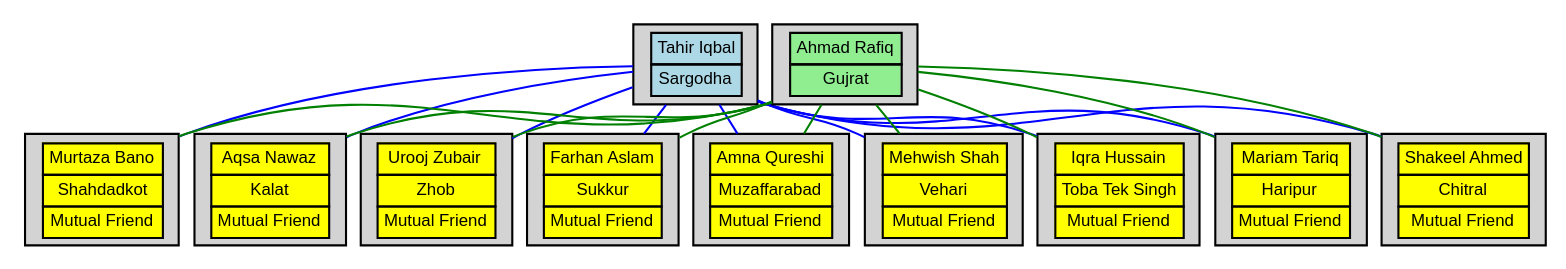
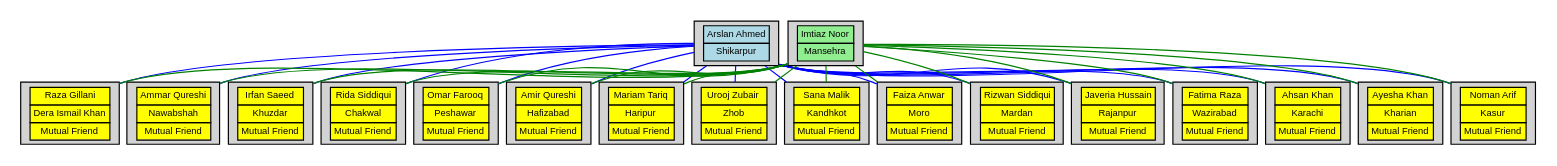
The diagram in assets/graph.dot (Fasih0956/Social-Networking-App-), drawn with Graphviz before and after one commit. The commit also changed 3 other files, not shown here.

```diff
--- a/assets/graph.dot
+++ b/assets/graph.dot
@@ -1,38 +1,58 @@
 graph G {
     size="10,10!";
     nodesep=0.1;
     ranksep=0.2;
     node [shape=box, style=filled, fontname="Arial", fontsize=8];
 
-    "User_13" [label=<<TABLE BORDER="0" CELLBORDER="1" CELLSPACING="0" CELLPADDING="2" BGCOLOR="lightblue"><TR><TD>Tahir Iqbal</TD></TR><TR><TD>Sargodha</TD></TR></TABLE>>];
-    "User_27" [label=<<TABLE BORDER="0" CELLBORDER="1" CELLSPACING="0" CELLPADDING="2" BGCOLOR="lightgreen"><TR><TD>Ahmad Rafiq</TD></TR><TR><TD>Gujrat</TD></TR></TABLE>>];
-    "User_14" [label=<<TABLE BORDER="0" CELLBORDER="1" CELLSPACING="0" CELLPADDING="2" BGCOLOR="yellow"><TR><TD>Farhan Aslam</TD></TR><TR><TD>Sukkur</TD></TR><TR><TD>Mutual Friend</TD></TR></TABLE>>];
-    "User_100" [label=<<TABLE BORDER="0" CELLBORDER="1" CELLSPACING="0" CELLPADDING="2" BGCOLOR="yellow"><TR><TD>Amna Qureshi</TD></TR><TR><TD>Muzaffarabad</TD></TR><TR><TD>Mutual Friend</TD></TR></TABLE>>];
-    "User_57" [label=<<TABLE BORDER="0" CELLBORDER="1" CELLSPACING="0" CELLPADDING="2" BGCOLOR="yellow"><TR><TD>Mehwish Shah</TD></TR><TR><TD>Vehari</TD></TR><TR><TD>Mutual Friend</TD></TR></TABLE>>];
-    "User_55" [label=<<TABLE BORDER="0" CELLBORDER="1" CELLSPACING="0" CELLPADDING="2" BGCOLOR="yellow"><TR><TD>Iqra Hussain</TD></TR><TR><TD>Toba Tek Singh</TD></TR><TR><TD>Mutual Friend</TD></TR></TABLE>>];
+    "User_33" [label=<<TABLE BORDER="0" CELLBORDER="1" CELLSPACING="0" CELLPADDING="2" BGCOLOR="lightblue"><TR><TD>Arslan Ahmed</TD></TR><TR><TD>Shikarpur</TD></TR></TABLE>>];
+    "User_47" [label=<<TABLE BORDER="0" CELLBORDER="1" CELLSPACING="0" CELLPADDING="2" BGCOLOR="lightgreen"><TR><TD>Imtiaz Noor</TD></TR><TR><TD>Mansehra</TD></TR></TABLE>>];
+    "User_15" [label=<<TABLE BORDER="0" CELLBORDER="1" CELLSPACING="0" CELLPADDING="2" BGCOLOR="yellow"><TR><TD>Rizwan Siddiqui</TD></TR><TR><TD>Mardan</TD></TR><TR><TD>Mutual Friend</TD></TR></TABLE>>];
+    "User_89" [label=<<TABLE BORDER="0" CELLBORDER="1" CELLSPACING="0" CELLPADDING="2" BGCOLOR="yellow"><TR><TD>Javeria Hussain</TD></TR><TR><TD>Rajanpur</TD></TR><TR><TD>Mutual Friend</TD></TR></TABLE>>];
+    "User_51" [label=<<TABLE BORDER="0" CELLBORDER="1" CELLSPACING="0" CELLPADDING="2" BGCOLOR="yellow"><TR><TD>Fatima Raza</TD></TR><TR><TD>Wazirabad</TD></TR><TR><TD>Mutual Friend</TD></TR></TABLE>>];
+    "User_1" [label=<<TABLE BORDER="0" CELLBORDER="1" CELLSPACING="0" CELLPADDING="2" BGCOLOR="yellow"><TR><TD>Ahsan Khan</TD></TR><TR><TD>Karachi</TD></TR><TR><TD>Mutual Friend</TD></TR></TABLE>>];
+    "User_50" [label=<<TABLE BORDER="0" CELLBORDER="1" CELLSPACING="0" CELLPADDING="2" BGCOLOR="yellow"><TR><TD>Ayesha Khan</TD></TR><TR><TD>Kharian</TD></TR><TR><TD>Mutual Friend</TD></TR></TABLE>>];
+    "User_20" [label=<<TABLE BORDER="0" CELLBORDER="1" CELLSPACING="0" CELLPADDING="2" BGCOLOR="yellow"><TR><TD>Noman Arif</TD></TR><TR><TD>Kasur</TD></TR><TR><TD>Mutual Friend</TD></TR></TABLE>>];
+    "User_36" [label=<<TABLE BORDER="0" CELLBORDER="1" CELLSPACING="0" CELLPADDING="2" BGCOLOR="yellow"><TR><TD>Raza Gillani</TD></TR><TR><TD>Dera Ismail Khan</TD></TR><TR><TD>Mutual Friend</TD></TR></TABLE>>];
+    "User_23" [label=<<TABLE BORDER="0" CELLBORDER="1" CELLSPACING="0" CELLPADDING="2" BGCOLOR="yellow"><TR><TD>Ammar Qureshi</TD></TR><TR><TD>Nawabshah</TD></TR><TR><TD>Mutual Friend</TD></TR></TABLE>>];
+    "User_41" [label=<<TABLE BORDER="0" CELLBORDER="1" CELLSPACING="0" CELLPADDING="2" BGCOLOR="yellow"><TR><TD>Irfan Saeed</TD></TR><TR><TD>Khuzdar</TD></TR><TR><TD>Mutual Friend</TD></TR></TABLE>>];
+    "User_64" [label=<<TABLE BORDER="0" CELLBORDER="1" CELLSPACING="0" CELLPADDING="2" BGCOLOR="yellow"><TR><TD>Rida Siddiqui</TD></TR><TR><TD>Chakwal</TD></TR><TR><TD>Mutual Friend</TD></TR></TABLE>>];
+    "User_11" [label=<<TABLE BORDER="0" CELLBORDER="1" CELLSPACING="0" CELLPADDING="2" BGCOLOR="yellow"><TR><TD>Omar Farooq</TD></TR><TR><TD>Peshawar</TD></TR><TR><TD>Mutual Friend</TD></TR></TABLE>>];
+    "User_49" [label=<<TABLE BORDER="0" CELLBORDER="1" CELLSPACING="0" CELLPADDING="2" BGCOLOR="yellow"><TR><TD>Amir Qureshi</TD></TR><TR><TD>Hafizabad</TD></TR><TR><TD>Mutual Friend</TD></TR></TABLE>>];
     "User_54" [label=<<TABLE BORDER="0" CELLBORDER="1" CELLSPACING="0" CELLPADDING="2" BGCOLOR="yellow"><TR><TD>Mariam Tariq</TD></TR><TR><TD>Haripur</TD></TR><TR><TD>Mutual Friend</TD></TR></TABLE>>];
-    "User_46" [label=<<TABLE BORDER="0" CELLBORDER="1" CELLSPACING="0" CELLPADDING="2" BGCOLOR="yellow"><TR><TD>Shakeel Ahmed</TD></TR><TR><TD>Chitral</TD></TR><TR><TD>Mutual Friend</TD></TR></TABLE>>];
-    "User_54" [label=<<TABLE BORDER="0" CELLBORDER="1" CELLSPACING="0" CELLPADDING="2" BGCOLOR="yellow"><TR><TD>Mariam Tariq</TD></TR><TR><TD>Haripur</TD></TR><TR><TD>Mutual Friend</TD></TR></TABLE>>];
-    "User_67" [label=<<TABLE BORDER="0" CELLBORDER="1" CELLSPACING="0" CELLPADDING="2" BGCOLOR="yellow"><TR><TD>Murtaza Bano</TD></TR><TR><TD>Shahdadkot</TD></TR><TR><TD>Mutual Friend</TD></TR></TABLE>>];
-    "User_68" [label=<<TABLE BORDER="0" CELLBORDER="1" CELLSPACING="0" CELLPADDING="2" BGCOLOR="yellow"><TR><TD>Aqsa Nawaz</TD></TR><TR><TD>Kalat</TD></TR><TR><TD>Mutual Friend</TD></TR></TABLE>>];
     "User_77" [label=<<TABLE BORDER="0" CELLBORDER="1" CELLSPACING="0" CELLPADDING="2" BGCOLOR="yellow"><TR><TD>Urooj Zubair</TD></TR><TR><TD>Zhob</TD></TR><TR><TD>Mutual Friend</TD></TR></TABLE>>];
+    "User_52" [label=<<TABLE BORDER="0" CELLBORDER="1" CELLSPACING="0" CELLPADDING="2" BGCOLOR="yellow"><TR><TD>Sana Malik</TD></TR><TR><TD>Kandhkot</TD></TR><TR><TD>Mutual Friend</TD></TR></TABLE>>];
+    "User_95" [label=<<TABLE BORDER="0" CELLBORDER="1" CELLSPACING="0" CELLPADDING="2" BGCOLOR="yellow"><TR><TD>Faiza Anwar</TD></TR><TR><TD>Moro</TD></TR><TR><TD>Mutual Friend</TD></TR></TABLE>>];
 
-    "User_13" -- "User_67" [color=blue];
-    "User_13" -- "User_68" [color=blue];
-    "User_13" -- "User_54" [color=blue];
-    "User_13" -- "User_77" [color=blue];
-    "User_13" -- "User_55" [color=blue];
-    "User_13" -- "User_14" [color=blue];
-    "User_13" -- "User_46" [color=blue];
-    "User_13" -- "User_57" [color=blue];
-    "User_13" -- "User_100" [color=blue];
-    "User_27" -- "User_14" [color=green];
-    "User_27" -- "User_100" [color=green];
-    "User_27" -- "User_57" [color=green];
-    "User_27" -- "User_55" [color=green];
-    "User_27" -- "User_54" [color=green];
-    "User_27" -- "User_46" [color=green];
-    "User_27" -- "User_67" [color=green];
-    "User_27" -- "User_68" [color=green];
-    "User_27" -- "User_77" [color=green];
+    "User_33" -- "User_1" [color=blue];
+    "User_33" -- "User_49" [color=blue];
+    "User_33" -- "User_77" [color=blue];
+    "User_33" -- "User_15" [color=blue];
+    "User_33" -- "User_64" [color=blue];
+    "User_33" -- "User_11" [color=blue];
+    "User_33" -- "User_95" [color=blue];
+    "User_33" -- "User_50" [color=blue];
+    "User_33" -- "User_36" [color=blue];
+    "User_33" -- "User_20" [color=blue];
+    "User_33" -- "User_52" [color=blue];
+    "User_33" -- "User_23" [color=blue];
+    "User_33" -- "User_89" [color=blue];
+    "User_33" -- "User_51" [color=blue];
+    "User_33" -- "User_41" [color=blue];
+    "User_33" -- "User_54" [color=blue];
+    "User_47" -- "User_15" [color=green];
+    "User_47" -- "User_89" [color=green];
+    "User_47" -- "User_51" [color=green];
+    "User_47" -- "User_1" [color=green];
+    "User_47" -- "User_50" [color=green];
+    "User_47" -- "User_20" [color=green];
+    "User_47" -- "User_36" [color=green];
+    "User_47" -- "User_23" [color=green];
+    "User_47" -- "User_41" [color=green];
+    "User_47" -- "User_64" [color=green];
+    "User_47" -- "User_11" [color=green];
+    "User_47" -- "User_49" [color=green];
+    "User_47" -- "User_54" [color=green];
+    "User_47" -- "User_77" [color=green];
+    "User_47" -- "User_52" [color=green];
+    "User_47" -- "User_95" [color=green];
 }
```
